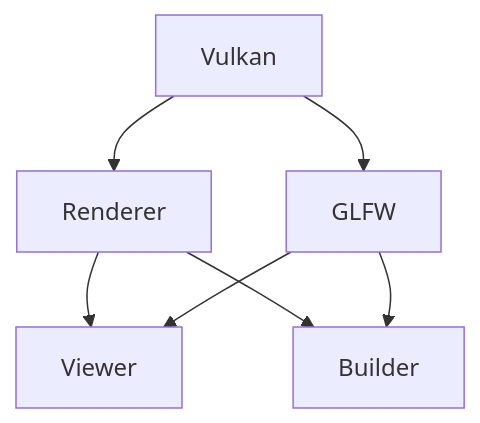
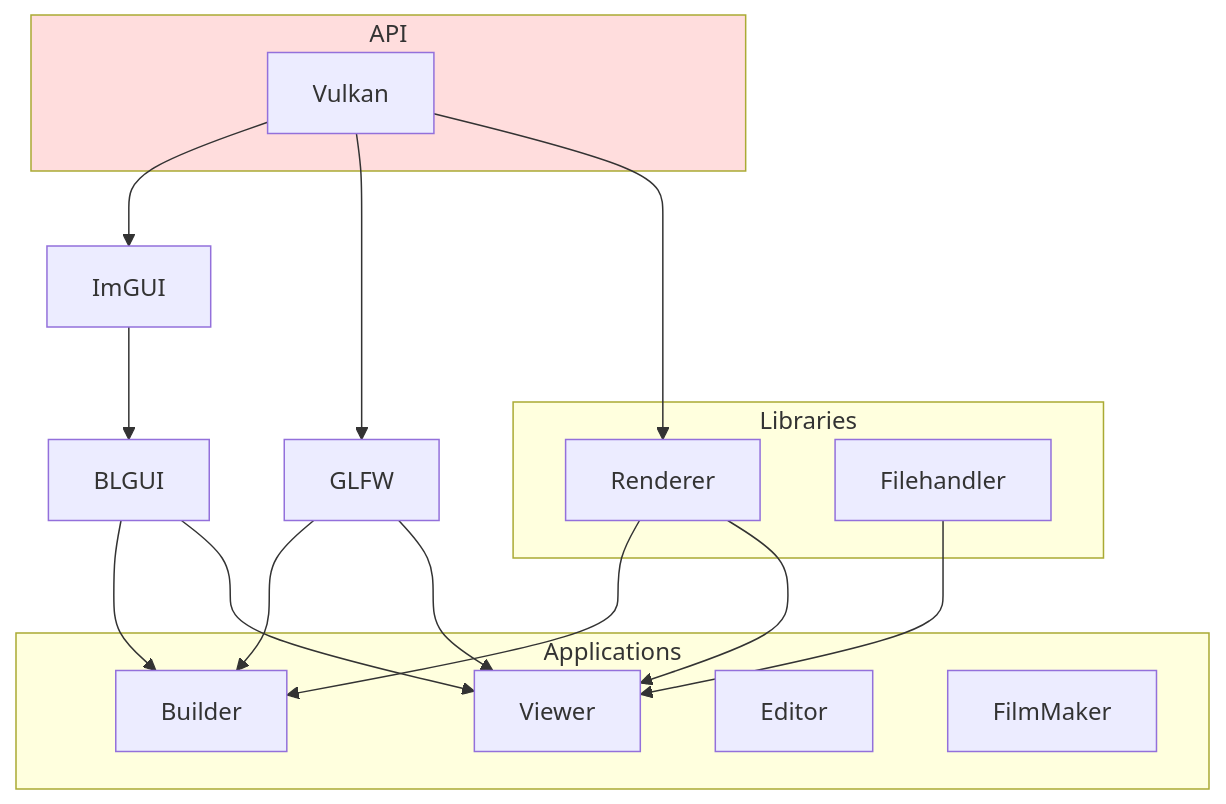
One commit to Brick-Labs/.github changed the diagram in profile/README.md. Above: the diagram before and after it, drawn with Mermaid.

````diff
--- a/profile/README.md
+++ b/profile/README.md
@@ -4,13 +4,40 @@
 ```mermaid
 graph TD
+    
+    subgraph API
+        style API fill:#fdd
+        Vulkan
+    end
+
+    subgraph Libraries
+        Renderer
+        Filehandler
+    end
+
+    subgraph Applications
+        Viewer
+        Builder
+        Editor
+        FilmMaker
+    end
+
     %% APIs to Libraries
     Vulkan --> Renderer
     Vulkan --> GLFW
+    Vulkan --> ImGUI
+
+    %% Libraries to Libraries
+    ImGUI --> BLGUI
 
     %% Librararies to Applications
     Renderer --> Viewer
     Renderer --> Builder
 
     GLFW --> Viewer
     GLFW --> Builder
+
+    BLGUI --> Viewer
+    BLGUI --> Builder
+
+    Filehandler --> Viewer
 ```
````
